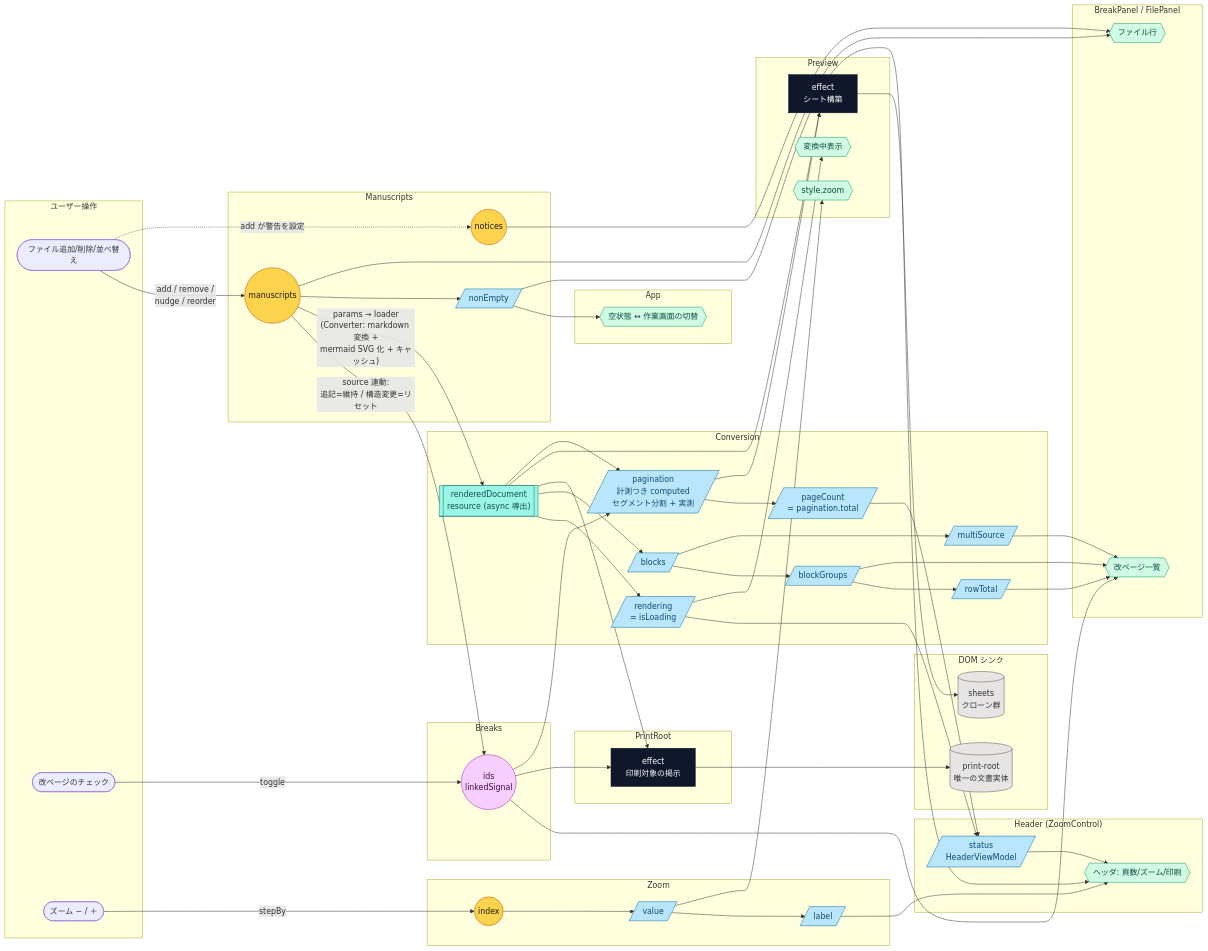
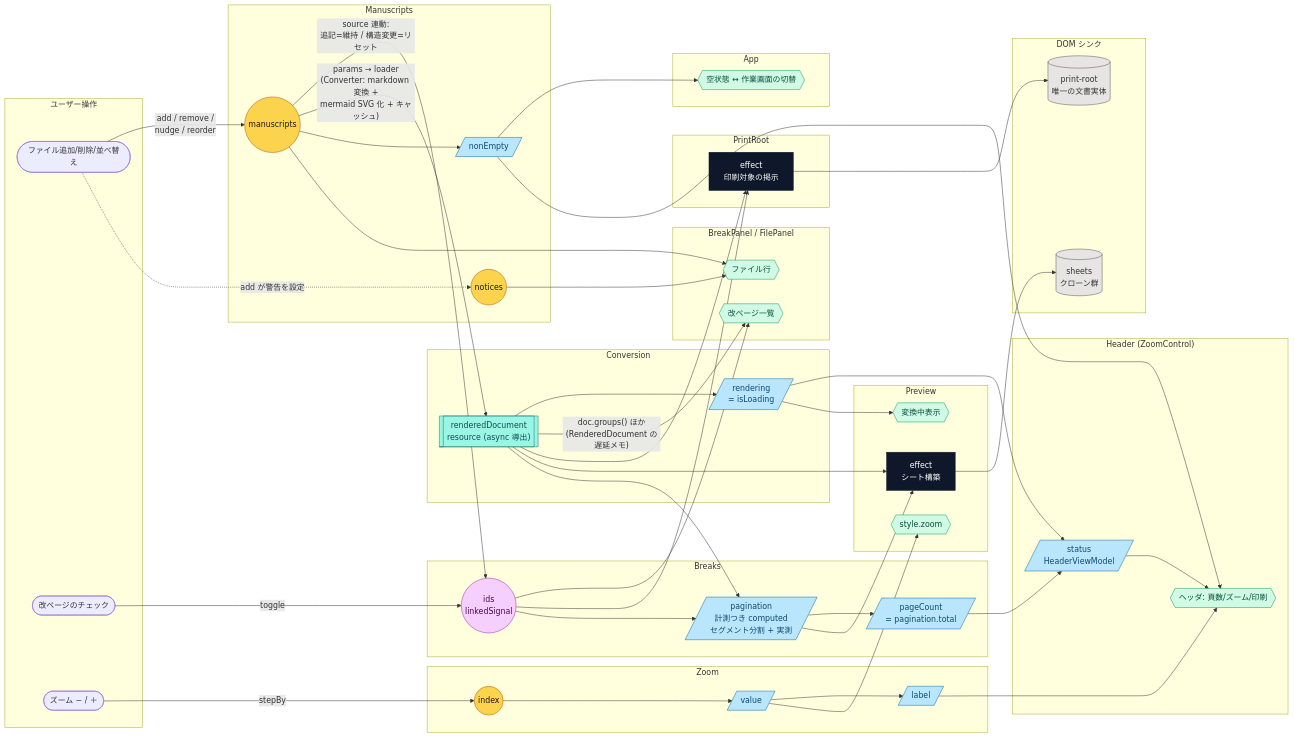
Before and after one commit to lacolaco/printmd: the diagram in docs/signal-graph.md, drawn with Mermaid. The commit also changed other lines of this file and 9 other files, not shown here.

```diff
--- a/docs/signal-graph.md
+++ b/docs/signal-graph.md
@@ -25,17 +25,13 @@
 
   subgraph BreaksS["Breaks"]
     S2((ids<br/>linkedSignal))
+    V3[/pagination<br/>計測つき computed<br/>セグメント分割 + 実測/]
+    V2[/pageCount<br/>= pagination.total/]
   end
 
   subgraph ConversionS["Conversion"]
     S4[["renderedDocument<br/>resource (async 導出)"]]
     S3[/rendering<br/>= isLoading/]
-    C2[/blocks/]
-    C3[/blockGroups/]
-    C4[/rowTotal/]
-    C5[/multiSource/]
-    V3[/pagination<br/>計測つき computed<br/>セグメント分割 + 実測/]
-    V2[/pageCount<br/>= pagination.total/]
   end
 
   subgraph ZoomS["Zoom"]
@@ -83,15 +79,9 @@
   A1 -. "add が警告を設定" .-> S5
 
   S1 --> C1
-  S4 --> C2
 
   C1 --> T2
-  C2 --> C3
-  C3 --> C4
-  C2 --> C5
-  C3 --> T4
-  C4 --> T4
-  C5 --> T4
+  S4 -- "doc.groups() ほか<br/>(RenderedDocument の遅延メモ)" --> T4
   S2 --> T4
   S1 --> T5
   S5 --> T5
@@ -128,7 +118,7 @@
   class S4 res
 
   class S2 linked
-  class C1,C2,C3,C4,C5,S3,VC1,VC2,HC1,V2,V3 comp
+  class C1,S3,VC1,VC2,HC1,V2,V3 comp
   class AE1,PE1 eff
   class T1,T2,T3,T4,T5,T6 tmpl
   class D1,D2 dom
```
